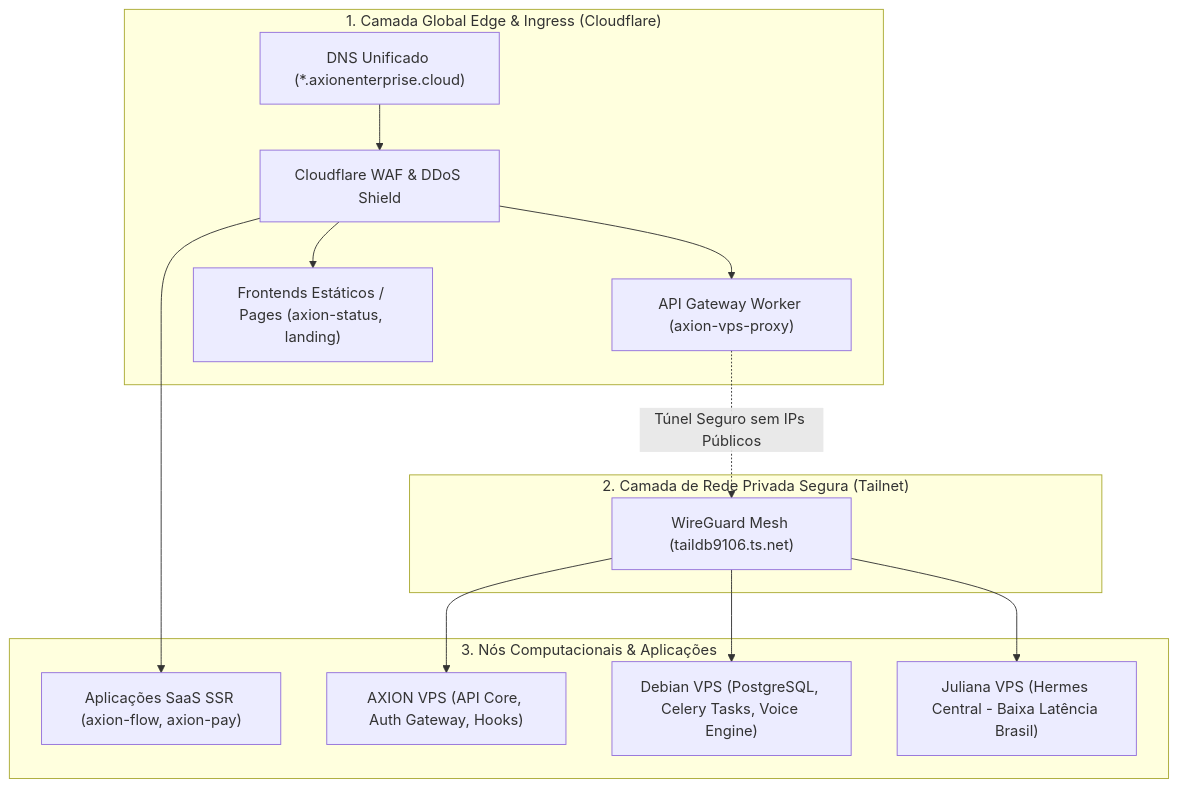
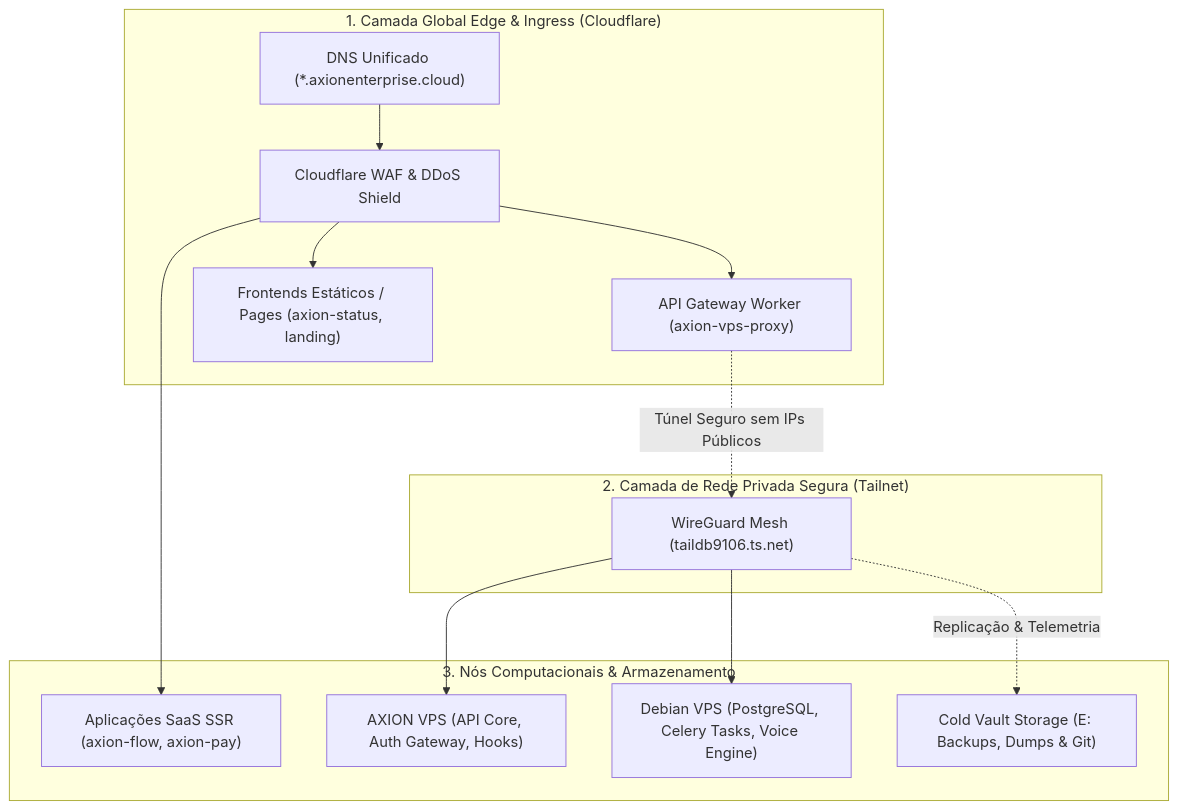
Before and after one commit to axion-dev-enterprise/agent-workspace-os: the diagram in docs/HYBRID_ARCHITECTURE_UNIFICATION_PLAN.md, drawn with Mermaid. The commit also changed other lines of this file and 12 other files, not shown here.

Commit message:
[antigravity][infra] feat: decommission juliana-vps node, secure final backups, and update telemetry

````diff
--- a/docs/HYBRID_ARCHITECTURE_UNIFICATION_PLAN.md
+++ b/docs/HYBRID_ARCHITECTURE_UNIFICATION_PLAN.md
@@ -28,29 +28,29 @@
 ```mermaid
 flowchart TD
     subgraph Edge ["1. Camada Global Edge & Ingress (Cloudflare)"]
         DNS["DNS Unificado (*.axionenterprise.cloud)"]
         WAF["Cloudflare WAF & DDoS Shield"]
         GW["API Gateway Worker (axion-vps-proxy)"]
         Pages["Frontends Estáticos / Pages (axion-status, landing)"]
     end
 
     subgraph Mesh ["2. Camada de Rede Privada Segura (Tailnet)"]
         Tunnel["WireGuard Mesh (taildb9106.ts.net)"]
     end
 
-    subgraph Compute ["3. Nós Computacionais & Aplicações"]
+    subgraph Compute ["3. Nós Computacionais & Armazenamento"]
         Vercel["Aplicações SaaS SSR (axion-flow, axion-pay)"]
         VPS1["AXION VPS (API Core, Auth Gateway, Hooks)"]
         VPS2["Debian VPS (PostgreSQL, Celery Tasks, Voice Engine)"]
-        VPS3["Juliana VPS (Hermes Central - Baixa Latência Brasil)"]
+        Vault["Cold Vault Storage (E: Backups, Dumps & Git)"]
     end
 
     DNS --> WAF
     WAF --> GW
     WAF --> Pages
     WAF --> Vercel
     GW -.->|Túnel Seguro sem IPs Públicos| Tunnel
     Tunnel --> VPS1
     Tunnel --> VPS2
-    Tunnel --> VPS3
+    Tunnel -.->|Replicação & Telemetria| Vault
 ```
````
